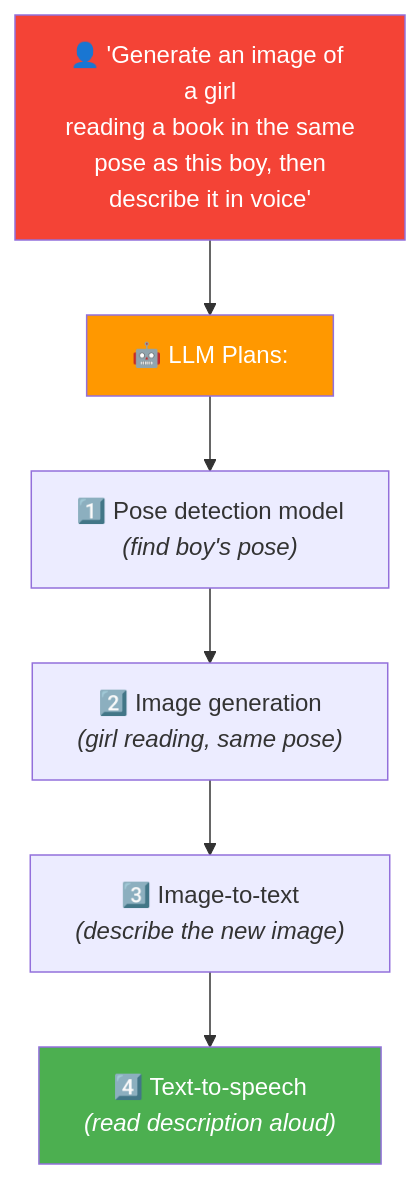
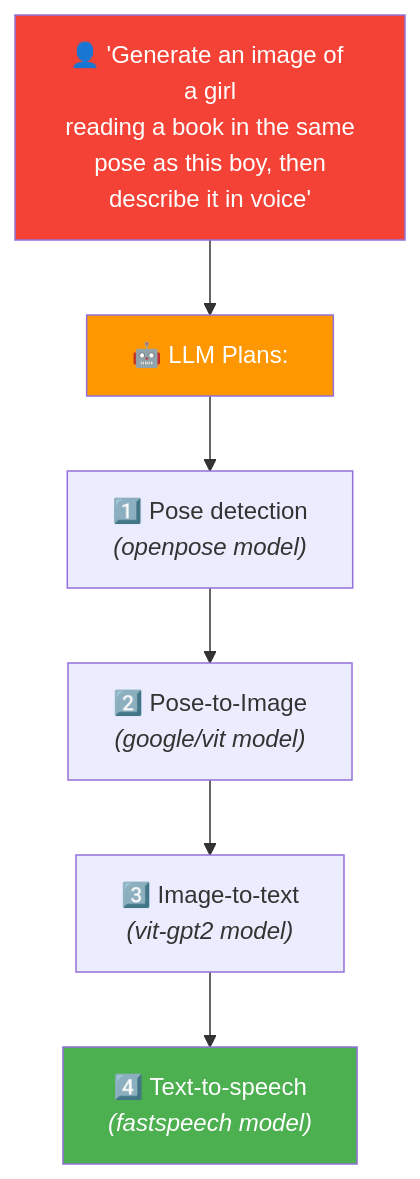
One commit to AyushSonuu/my-memory changed the third of 4 diagrams in tech/agentic-ai/module-1-intro/08-design-patterns.md. Above: the diagram before and after it, drawn with Mermaid. The commit also changed other lines of this file and 2 other files, not shown here.

````diff
--- a/tech/agentic-ai/module-1-intro/08-design-patterns.md
+++ b/tech/agentic-ai/module-1-intro/08-design-patterns.md
@@ -112,12 +112,12 @@
 ```mermaid
 graph TD
     USER["👤 'Generate an image of a girl<br/>reading a book in the same<br/>pose as this boy, then<br/>describe it in voice'"] --> LLM["🤖 LLM Plans:"]
-    LLM --> S1["1️⃣ Pose detection model<br/><i>(find boy's pose)</i>"]
-    S1 --> S2["2️⃣ Image generation<br/><i>(girl reading, same pose)</i>"]
-    S2 --> S3["3️⃣ Image-to-text<br/><i>(describe the new image)</i>"]
-    S3 --> S4["4️⃣ Text-to-speech<br/><i>(read description aloud)</i>"]
+    LLM --> S1["1️⃣ Pose detection<br/><i>(openpose model)</i>"]
+    S1 --> S2["2️⃣ Pose-to-Image<br/><i>(google/vit model)</i>"]
+    S2 --> S3["3️⃣ Image-to-text<br/><i>(vit-gpt2 model)</i>"]
+    S3 --> S4["4️⃣ Text-to-speech<br/><i>(fastspeech model)</i>"]
 
     style USER fill:#f44336,color:#fff
     style LLM fill:#ff9800,color:#fff
     style S4 fill:#4caf50,color:#fff
 ```
````
